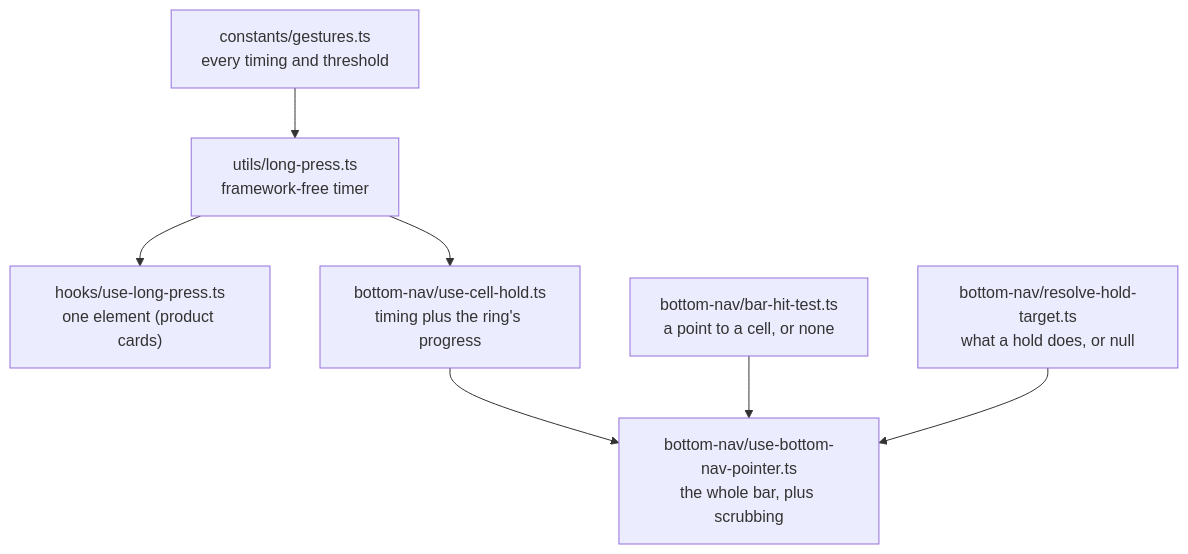
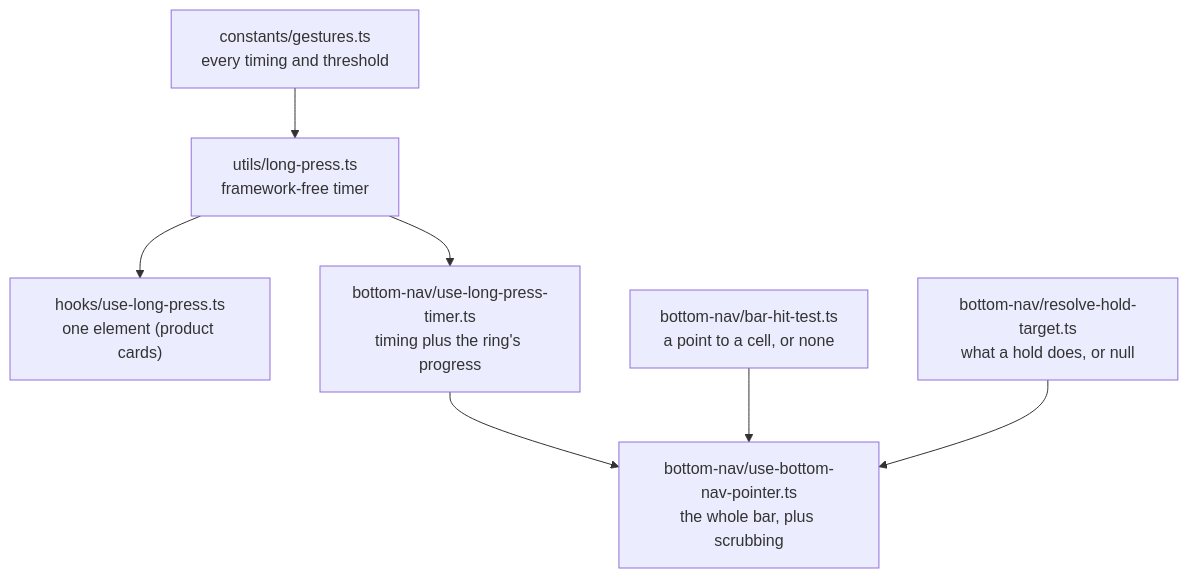
One commit to OffCrazyFreak/Disscount changed the fifth of 5 diagrams in docs/MOBILE-NAV.md. Above: the diagram before and after it, drawn with Mermaid. The commit also changed other lines of this file and 2 other files, not shown here.

````diff
--- a/docs/MOBILE-NAV.md
+++ b/docs/MOBILE-NAV.md
@@ -502,9 +505,9 @@
 ```mermaid
 flowchart TB
     gest["constants/gestures.ts<br/>every timing and threshold"] --> util
     util["utils/long-press.ts<br/>framework-free timer"] --> hook["hooks/use-long-press.ts<br/>one element (product cards)"]
-    util --> cell["bottom-nav/use-cell-hold.ts<br/>timing plus the ring's progress"]
+    util --> cell["bottom-nav/use-long-press-timer.ts<br/>timing plus the ring's progress"]
     cell --> bar["bottom-nav/use-bottom-nav-pointer.ts<br/>the whole bar, plus scrubbing"]
     hit["bottom-nav/bar-hit-test.ts<br/>a point to a cell, or none"] --> bar
     res["bottom-nav/resolve-hold-target.ts<br/>what a hold does, or null"] --> bar
 ```
````
